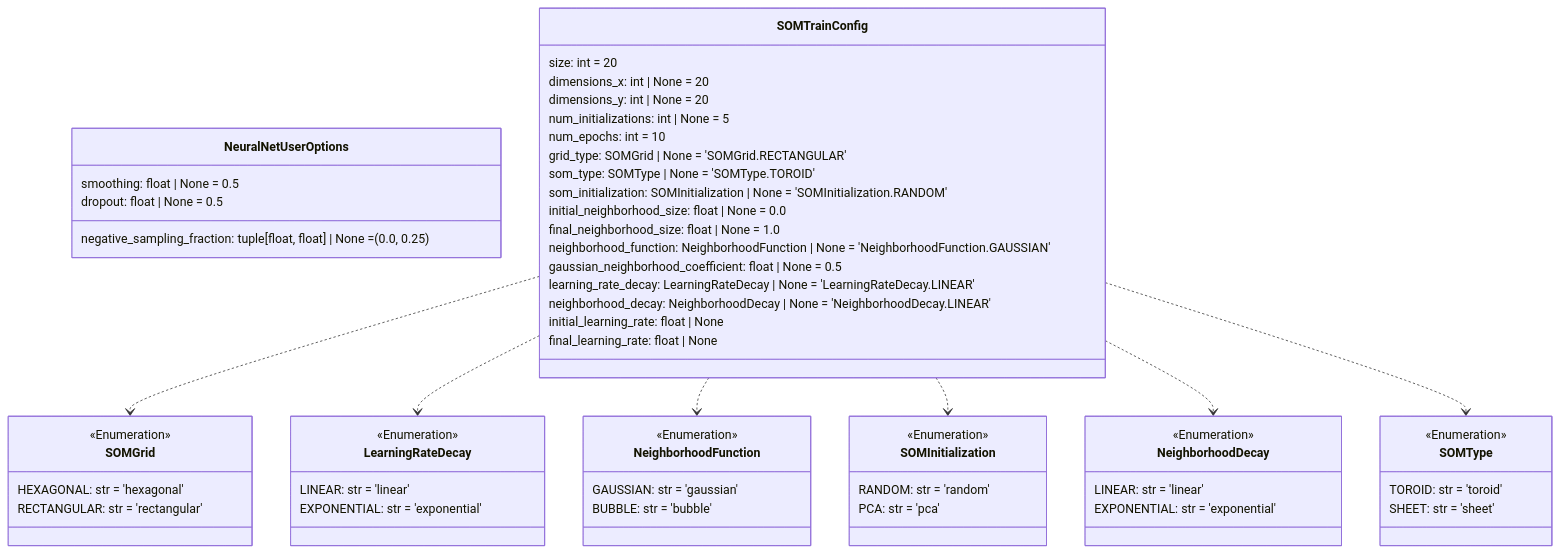
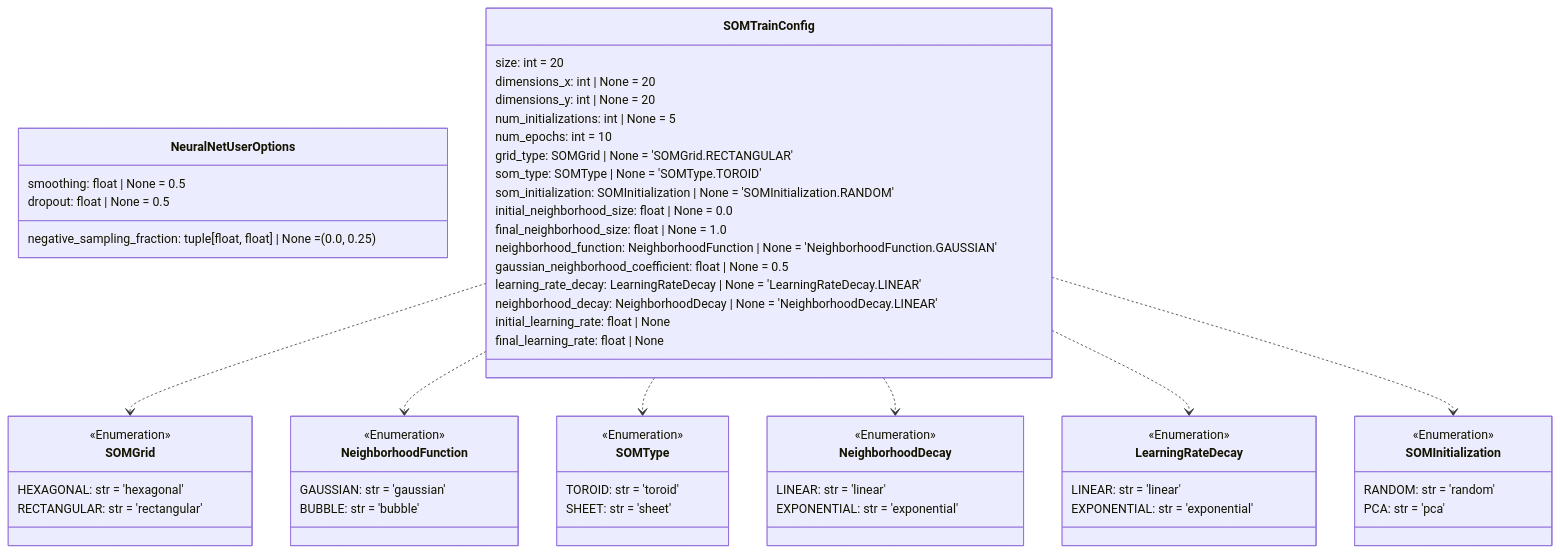
Diagram 14 of 14 in README.md (DARPA-CRITICALMAAS/cdr_schemas), drawn with Mermaid before and after one commit. The commit also changed other lines of this file and 2 other files, not shown here.

````diff
--- a/README.md
+++ b/README.md
@@ -1206,73 +1207,73 @@
 ```mermaid
 classDiagram
 
     class NeuralNetUserOptions {
         smoothing: float | None = 0.5
         dropout: float | None = 0.5
         negative_sampling_fraction: tuple[float, float] | None = (0.0, 0.25)
+    }
+
+    class NeighborhoodFunction {
+        <<Enumeration>>
+        GAUSSIAN: str = 'gaussian'
+        BUBBLE: str = 'bubble'
+    }
+
+    class NeighborhoodDecay {
+        <<Enumeration>>
+        LINEAR: str = 'linear'
+        EXPONENTIAL: str = 'exponential'
+    }
+
+    class LearningRateDecay {
+        <<Enumeration>>
+        LINEAR: str = 'linear'
+        EXPONENTIAL: str = 'exponential'
     }
 
     class SOMInitialization {
         <<Enumeration>>
         RANDOM: str = 'random'
         PCA: str = 'pca'
     }
 
     class SOMGrid {
         <<Enumeration>>
         HEXAGONAL: str = 'hexagonal'
         RECTANGULAR: str = 'rectangular'
+    }
+
+    class SOMType {
+        <<Enumeration>>
+        TOROID: str = 'toroid'
+        SHEET: str = 'sheet'
     }
 
     class SOMTrainConfig {
         size: int = 20
         dimensions_x: int | None = 20
         dimensions_y: int | None = 20
         num_initializations: int | None = 5
         num_epochs: int = 10
         grid_type: SOMGrid | None = 'SOMGrid.RECTANGULAR'
         som_type: SOMType | None = 'SOMType.TOROID'
         som_initialization: SOMInitialization | None = 'SOMInitialization.RANDOM'
         initial_neighborhood_size: float | None = 0.0
         final_neighborhood_size: float | None = 1.0
         neighborhood_function: NeighborhoodFunction | None = 'NeighborhoodFunction.GAUSSIAN'
         gaussian_neighborhood_coefficient: float | None = 0.5
         learning_rate_decay: LearningRateDecay | None = 'LearningRateDecay.LINEAR'
         neighborhood_decay: NeighborhoodDecay | None = 'NeighborhoodDecay.LINEAR'
         initial_learning_rate: float | None
         final_learning_rate: float | None
     }
 
-    class LearningRateDecay {
-        <<Enumeration>>
-        LINEAR: str = 'linear'
-        EXPONENTIAL: str = 'exponential'
-    }
-
-    class NeighborhoodFunction {
-        <<Enumeration>>
-        GAUSSIAN: str = 'gaussian'
-        BUBBLE: str = 'bubble'
-    }
-
-    class NeighborhoodDecay {
-        <<Enumeration>>
-        LINEAR: str = 'linear'
-        EXPONENTIAL: str = 'exponential'
-    }
-
-    class SOMType {
-        <<Enumeration>>
-        TOROID: str = 'toroid'
-        SHEET: str = 'sheet'
-    }
-
     SOMTrainConfig ..> SOMGrid
+    SOMTrainConfig ..> NeighborhoodFunction
+    SOMTrainConfig ..> SOMType
+    SOMTrainConfig ..> NeighborhoodDecay
     SOMTrainConfig ..> LearningRateDecay
-    SOMTrainConfig ..> NeighborhoodFunction
     SOMTrainConfig ..> SOMInitialization
-    SOMTrainConfig ..> NeighborhoodDecay
-    SOMTrainConfig ..> SOMType
 
 
 ```
````
